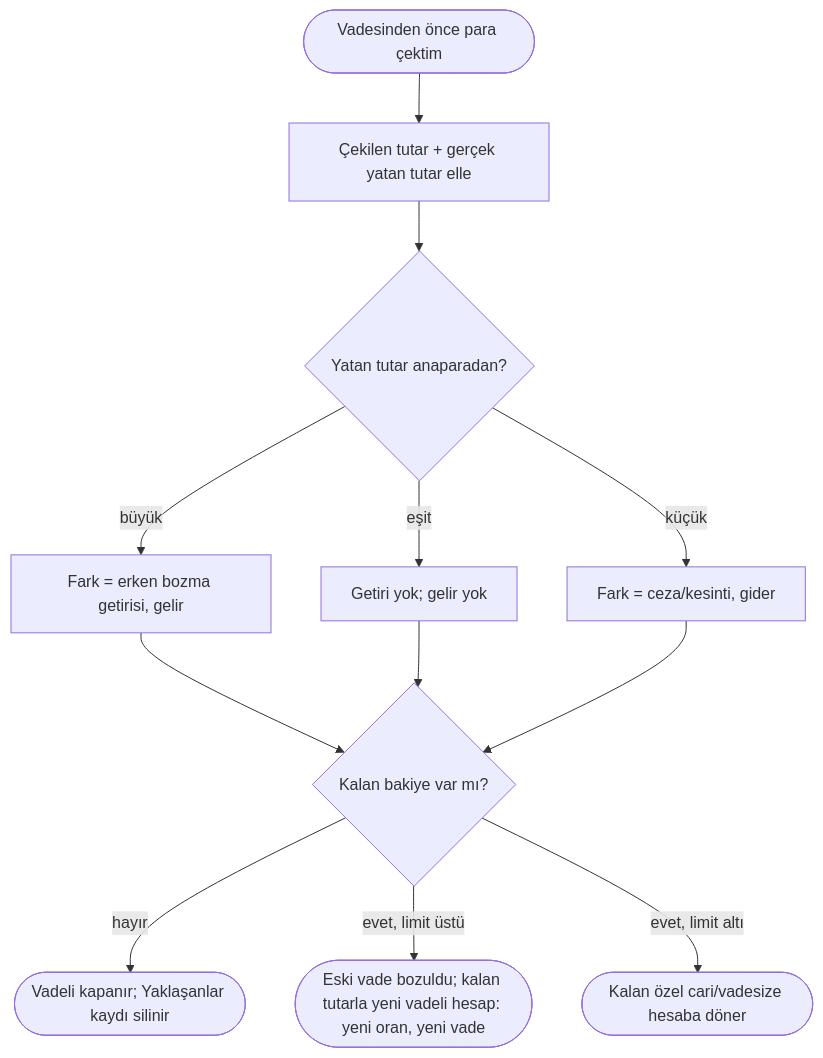
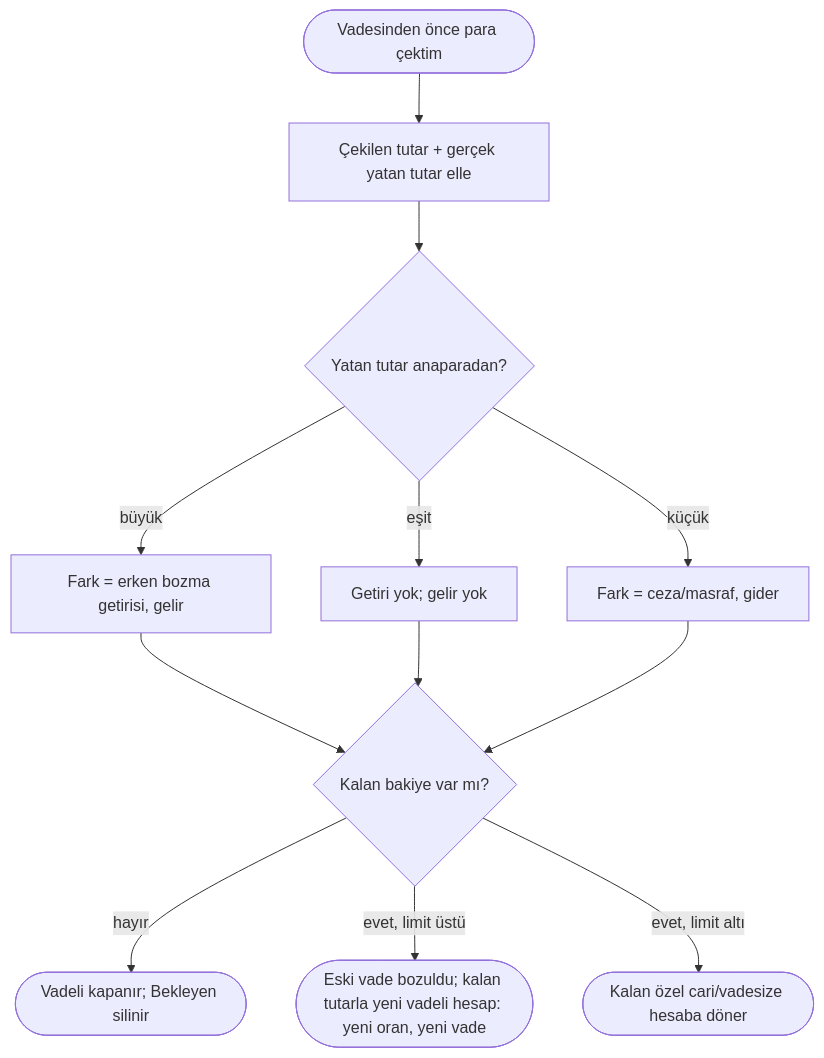
One commit to akderelianil/aa-finance changed the third of 3 diagrams in docs/ux/akislar/AKS-018-vadeli-hesap.md. Above: the diagram before and after it, drawn with Mermaid. The commit also changed other lines of this file and 18 other files, not shown here.

````diff
--- a/docs/ux/akislar/AKS-018-vadeli-hesap.md
+++ b/docs/ux/akislar/AKS-018-vadeli-hesap.md
@@ -63,14 +63,14 @@
 ```mermaid
 flowchart TD
   E0([Vadesinden önce para çektim]) --> E1[Çekilen tutar + gerçek yatan tutar elle]
   E1 --> E2{Yatan tutar anaparadan?}
   E2 -- büyük --> E3[Fark = erken bozma getirisi, gelir]
   E2 -- eşit --> E4[Getiri yok; gelir yok]
-  E2 -- küçük --> E5[Fark = ceza/kesinti, gider]
+  E2 -- küçük --> E5[Fark = ceza/masraf, gider]
   E3 --> E6{Kalan bakiye var mı?}
   E4 --> E6
   E5 --> E6
-  E6 -- hayır --> E7([Vadeli kapanır; Yaklaşanlar kaydı silinir])
+  E6 -- hayır --> E7([Vadeli kapanır; Bekleyen silinir])
   E6 -- evet, limit üstü --> E8([Eski vade bozuldu; kalan tutarla yeni vadeli hesap: yeni oran, yeni vade])
   E6 -- evet, limit altı --> E9([Kalan özel cari/vadesize hesaba döner])
 ```
````
